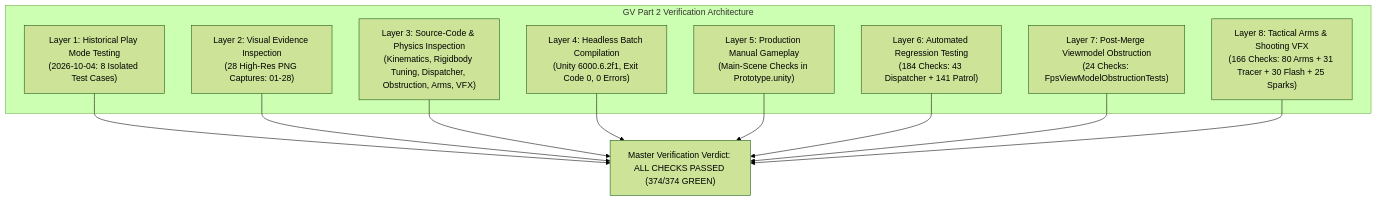
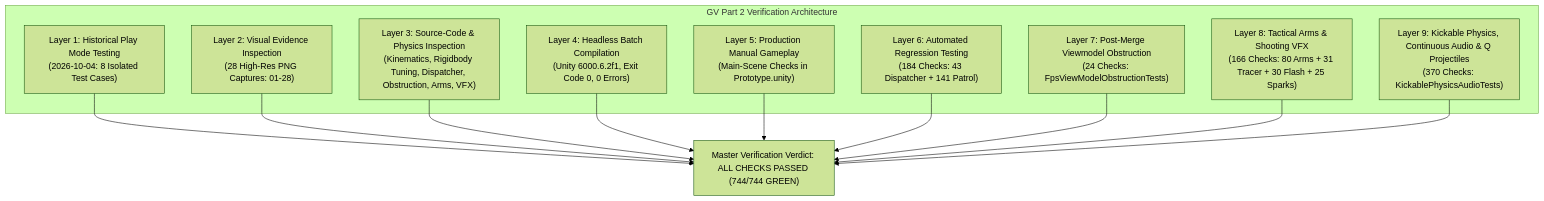
One commit to Kunchana-Wijesinghe/Interactive-3D-Shooting-Game-GV-IS changed the diagram in docs/individual/IT24102587_GV_Part2_Verification_Log.md. Above: the diagram before and after it, drawn with Mermaid (forest theme). The commit also changed other lines of this file and 2 other files, not shown here.

Commit message:
docs(gv): document barrel rolling audio, Q projectile sound integration, and 744-check regression verification

````diff
--- a/docs/individual/IT24102587_GV_Part2_Verification_Log.md
+++ b/docs/individual/IT24102587_GV_Part2_Verification_Log.md
@@ -40,21 +40,23 @@
 ```mermaid
 graph TD
     subgraph Verification_Layers["GV Part 2 Verification Architecture"]
         L1["Layer 1: Historical Play Mode Testing<br/>(2026-10-04: 8 Isolated Test Cases)"]
         L2["Layer 2: Visual Evidence Inspection<br/>(28 High-Res PNG Captures: 01-28)"]
         L3["Layer 3: Source-Code & Physics Inspection<br/>(Kinematics, Rigidbody Tuning, Dispatcher, Obstruction, Arms, VFX)"]
         L4["Layer 4: Headless Batch Compilation<br/>(Unity 6000.6.2f1, Exit Code 0, 0 Errors)"]
         L5["Layer 5: Production Manual Gameplay<br/>(Main-Scene Checks in Prototype.unity)"]
         L6["Layer 6: Automated Regression Testing<br/>(184 Checks: 43 Dispatcher + 141 Patrol)"]
         L7["Layer 7: Post-Merge Viewmodel Obstruction<br/>(24 Checks: FpsViewModelObstructionTests)"]
         L8["Layer 8: Tactical Arms & Shooting VFX<br/>(166 Checks: 80 Arms + 31 Tracer + 30 Flash + 25 Sparks)"]
+        L9["Layer 9: Kickable Physics, Continuous Audio & Q Projectiles<br/>(370 Checks: KickablePhysicsAudioTests)"]
     end
-    L1 --> MasterReport["Master Verification Verdict: ALL CHECKS PASSED (374/374 GREEN)"]
+    L1 --> MasterReport["Master Verification Verdict: ALL CHECKS PASSED (744/744 GREEN)"]
     L2 --> MasterReport
     L3 --> MasterReport
     L4 --> MasterReport
     L5 --> MasterReport
     L6 --> MasterReport
     L7 --> MasterReport
     L8 --> MasterReport
+    L9 --> MasterReport
 ```
````
